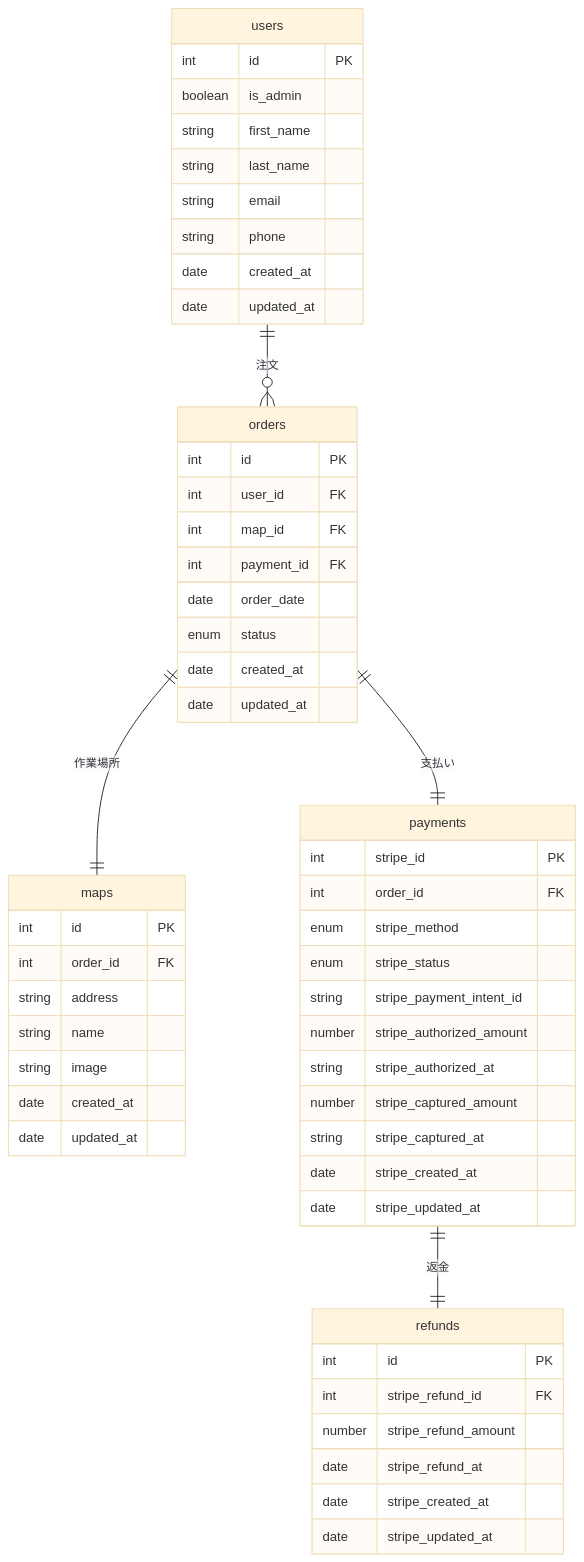
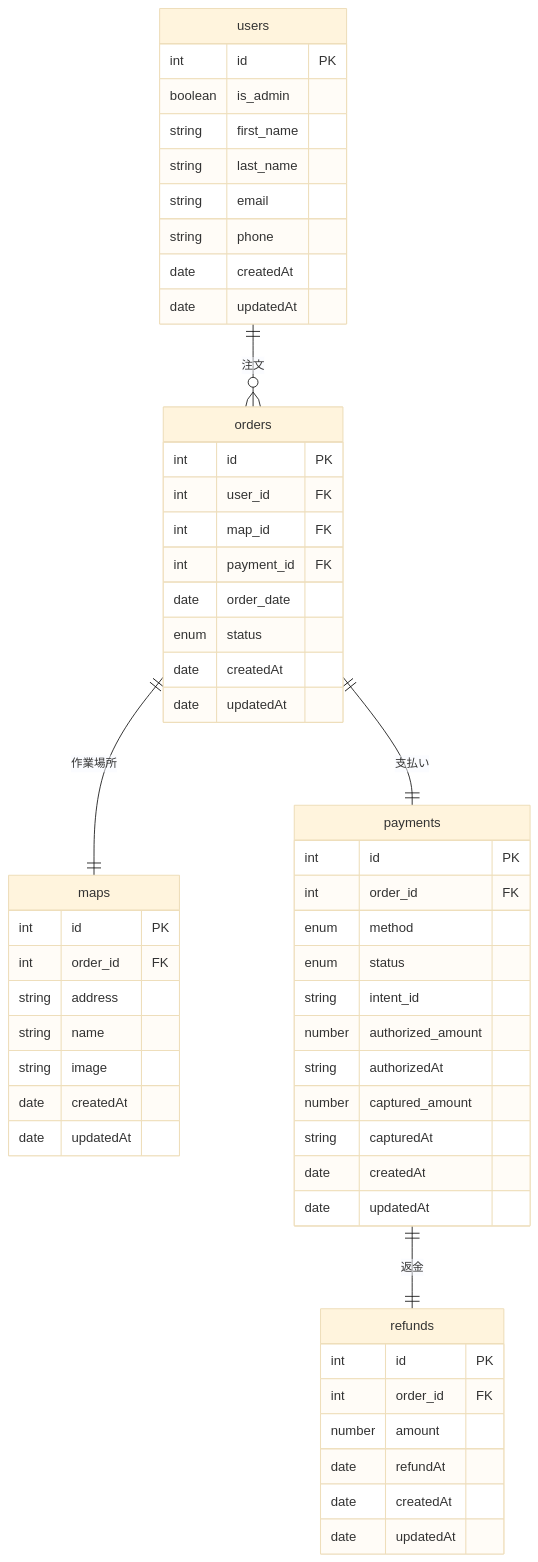
One commit to mitsukura/shikimori changed the diagram in docs/er.md. Above: the diagram before and after it, drawn with Mermaid (base theme).

Commit message:
fix: ER図

````diff
--- a/docs/er.md
+++ b/docs/er.md
@@ -3,66 +3,66 @@
 ```mermaid
 erDiagram
 
 %% エンティティ定義
 users ||--o{ orders : "注文"
 orders ||--|| maps : "作業場所"
 orders ||--|| payments : "支払い"
 payments ||--|| refunds : "返金"
 
 %% エンティティ詳細
 users {
   int id PK
   boolean is_admin
   string first_name
   string last_name
   string email
   string phone
-  date created_at
-  date updated_at
+  date createdAt
+  date updatedAt
 }
 
 orders {
   int id PK
   int user_id FK
   int map_id FK
   int payment_id FK
   date order_date
   enum status
-  date created_at
-  date updated_at
+  date createdAt
+  date updatedAt
 }
 
 maps{
   int id PK
   int order_id FK
   string address
   string name
   string image
-  date created_at
-  date updated_at
+  date createdAt
+  date updatedAt
 }
 
 refunds {
   int id PK
-  int stripe_refund_id FK
-  number stripe_refund_amount
-  date stripe_refund_at
-  date stripe_created_at
-  date stripe_updated_at
+  int order_id FK
+  number amount
+  date refundAt
+  date createdAt
+  date updatedAt
 }
 
 
 payments {
-  int stripe_id PK
+  int id PK
   int order_id FK
-  enum stripe_method
-  enum stripe_status
-  string stripe_payment_intent_id
-  number stripe_authorized_amount
-  string stripe_authorized_at
-  number stripe_captured_amount
-  string stripe_captured_at
-  date stripe_created_at
-  date stripe_updated_at
+  enum method
+  enum status
+  string intent_id
+  number authorized_amount
+  string authorizedAt
+  number captured_amount
+  string capturedAt
+  date createdAt
+  date updatedAt
 }
 ```
````
